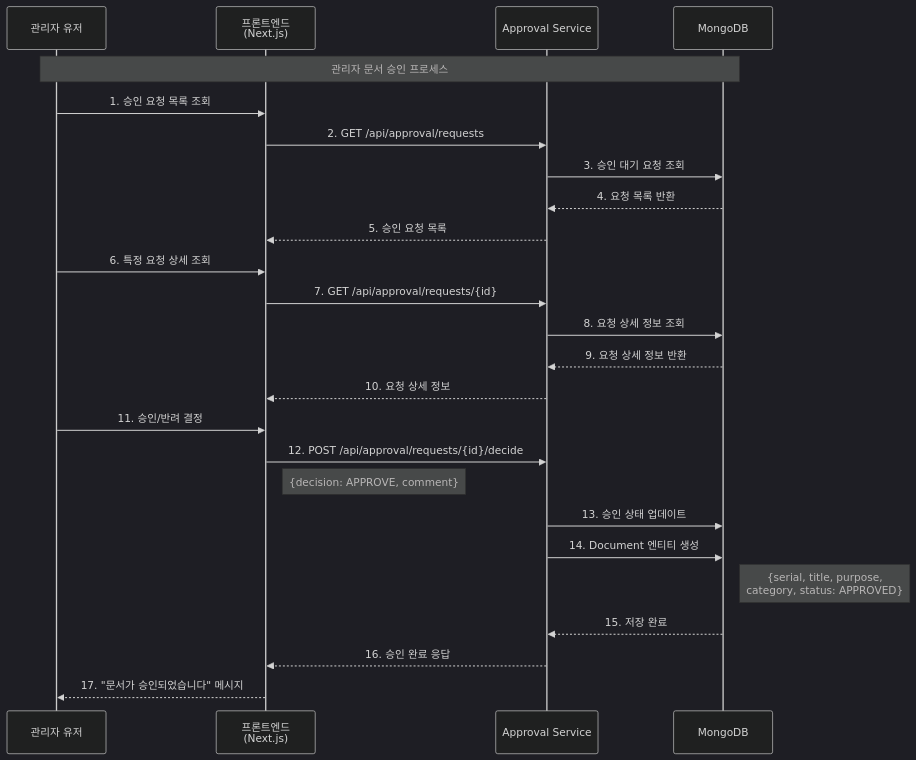
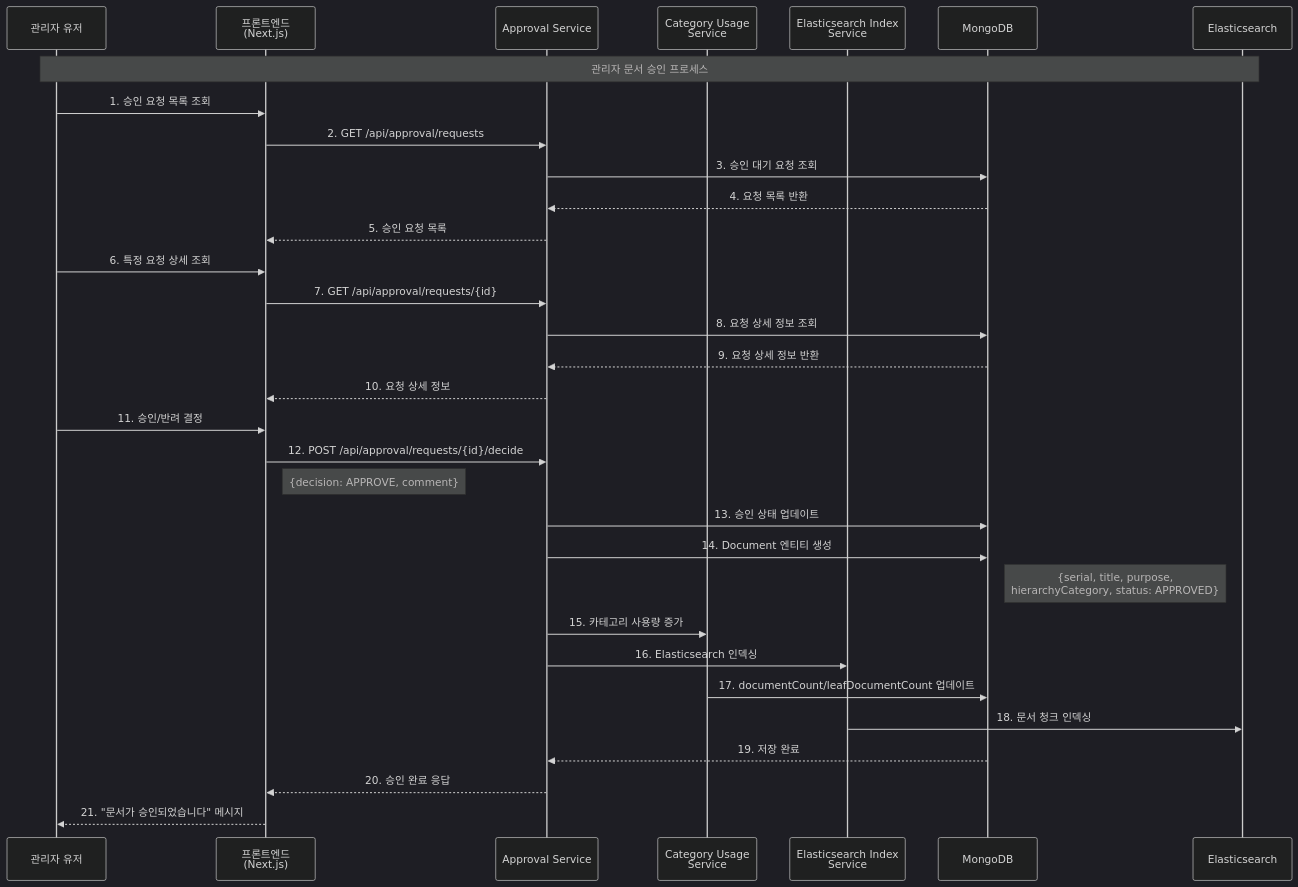
The second of 2 diagrams in diagrams/document-registration-sequence.md (hadonas/kt-vibe-mdm), drawn with Mermaid (dark theme) before and after one commit. The commit also changed other lines of this file and 7 other files, not shown here.

````diff
--- a/diagrams/document-registration-sequence.md
+++ b/diagrams/document-registration-sequence.md
@@ -42,33 +47,40 @@
 ```mermaid
 sequenceDiagram
     participant A as 관리자 유저
     participant F as 프론트엔드<br/>(Next.js)
     participant AS as Approval Service
+    participant CUS as Category Usage<br/>Service
+    participant EIS as Elasticsearch Index<br/>Service
     participant M as MongoDB
+    participant E as Elasticsearch
 
-    Note over A,M: 관리자 문서 승인 프로세스
+    Note over A,E: 관리자 문서 승인 프로세스
 
     A->>F: 1. 승인 요청 목록 조회
     F->>AS: 2. GET /api/approval/requests
     AS->>M: 3. 승인 대기 요청 조회
     M-->>AS: 4. 요청 목록 반환
     AS-->>F: 5. 승인 요청 목록
 
     A->>F: 6. 특정 요청 상세 조회
     F->>AS: 7. GET /api/approval/requests/{id}
     AS->>M: 8. 요청 상세 정보 조회
     M-->>AS: 9. 요청 상세 정보 반환
     AS-->>F: 10. 요청 상세 정보
 
     A->>F: 11. 승인/반려 결정
     F->>AS: 12. POST /api/approval/requests/{id}/decide
     Note right of F: {decision: APPROVE, comment}
     
     AS->>M: 13. 승인 상태 업데이트
     AS->>M: 14. Document 엔티티 생성
-    Note right of M: {serial, title, purpose,<br/>category, status: APPROVED}
-    M-->>AS: 15. 저장 완료
+    Note right of M: {serial, title, purpose,<br/>hierarchyCategory, status: APPROVED}
+    AS->>CUS: 15. 카테고리 사용량 증가
+    AS->>EIS: 16. Elasticsearch 인덱싱
+    CUS->>M: 17. documentCount/leafDocumentCount 업데이트
+    EIS->>E: 18. 문서 청크 인덱싱
+    M-->>AS: 19. 저장 완료
 
-    AS-->>F: 16. 승인 완료 응답
-    F-->>A: 17. "문서가 승인되었습니다" 메시지
+    AS-->>F: 20. 승인 완료 응답
+    F-->>A: 21. "문서가 승인되었습니다" 메시지
 ```
````
